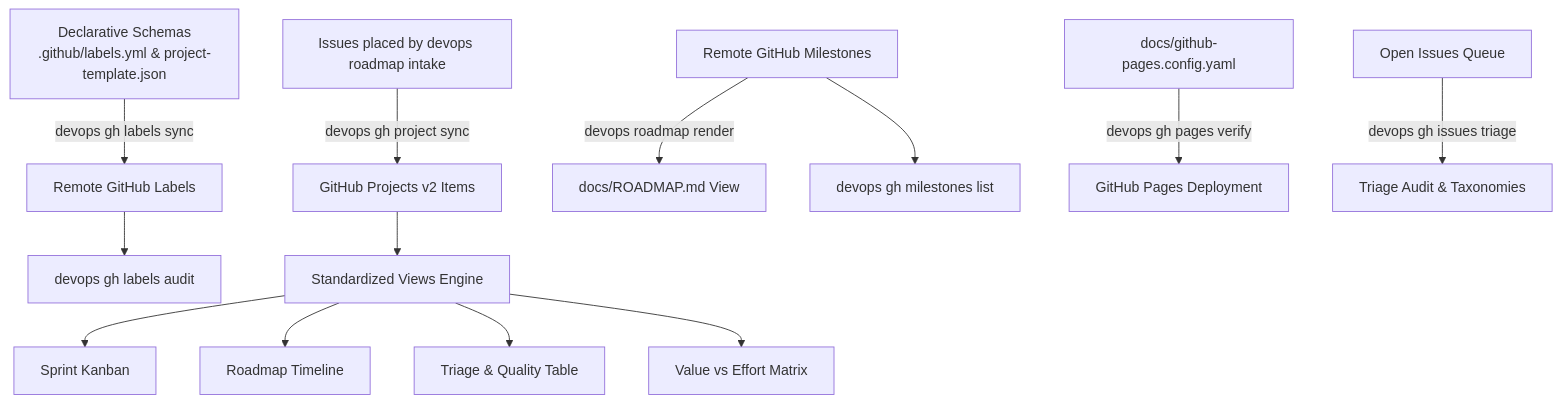
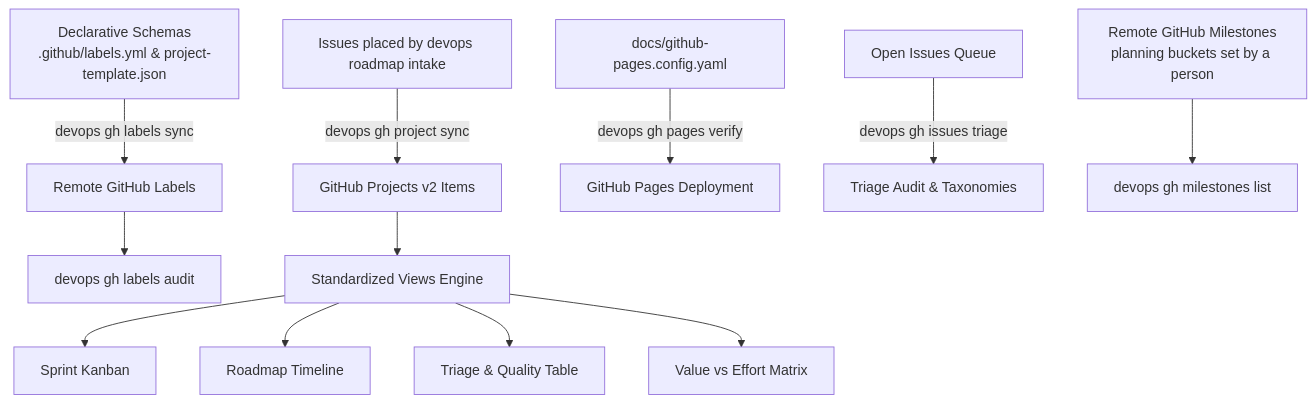
One commit to dan-petty/devops-cli changed the diagram in src/devops_cli/ai/knowledge_base/devops_cli/tasks/github_project_management.md. Above: the diagram before and after it, drawn with Mermaid. The commit also changed other lines of this file and 236 other files, not shown here.

````diff
--- a/src/devops_cli/ai/knowledge_base/devops_cli/tasks/github_project_management.md
+++ b/src/devops_cli/ai/knowledge_base/devops_cli/tasks/github_project_management.md
@@ -17,15 +17,14 @@
 ```mermaid
 graph TD
     A[Declarative Schemas<br/>.github/labels.yml & project-template.json] -->|devops gh labels sync| B[Remote GitHub Labels]
-    D[Remote GitHub Milestones] -->|devops roadmap render| C[docs/ROADMAP.md View]
     E[Issues placed by devops roadmap intake] -->|devops gh project sync| F[GitHub Projects v2 Items]
     G[docs/github-pages.config.yaml] -->|devops gh pages verify| H[GitHub Pages Deployment]
     I[Open Issues Queue] -->|devops gh issues triage| J[Triage Audit & Taxonomies]
     B --> K[devops gh labels audit]
-    D --> L[devops gh milestones list]
+    D[Remote GitHub Milestones<br/>planning buckets set by a person] --> L[devops gh milestones list]
     F --> M[Standardized Views Engine]
     M --> N[Sprint Kanban]
     M --> O[Roadmap Timeline]
     M --> P[Triage & Quality Table]
     M --> Q[Value vs Effort Matrix]
 ```
````
